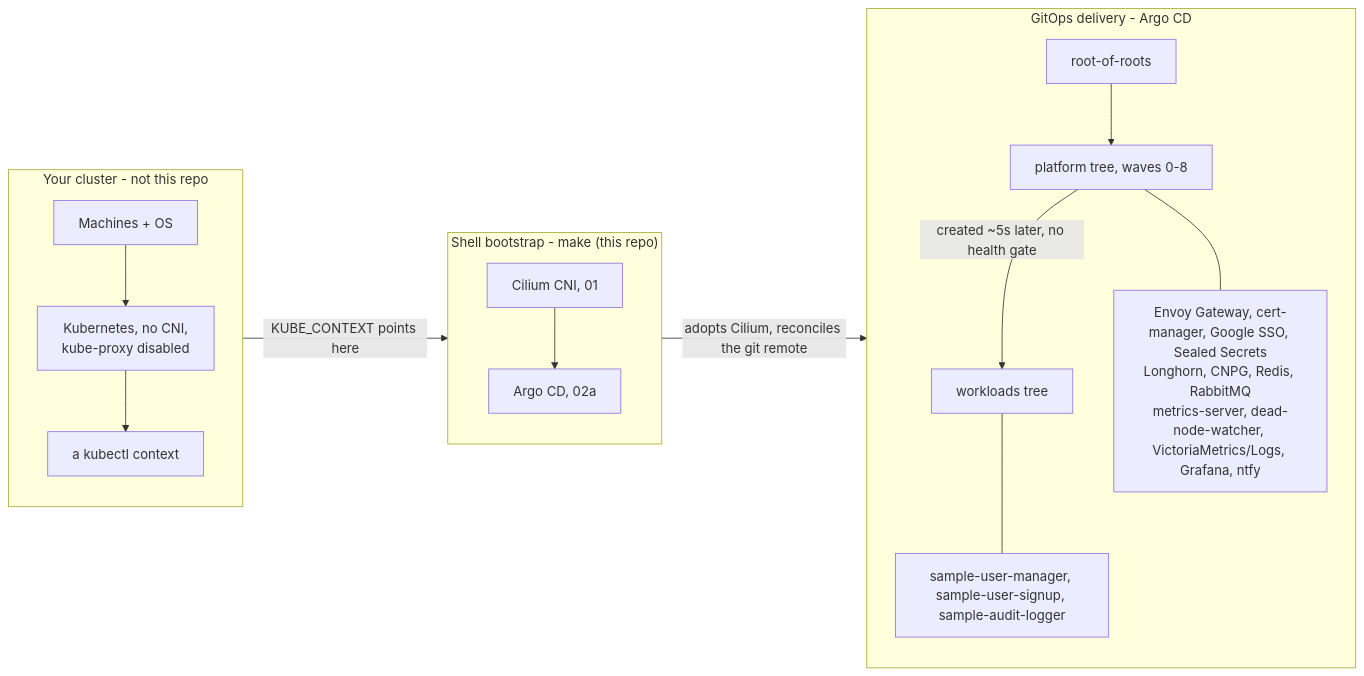
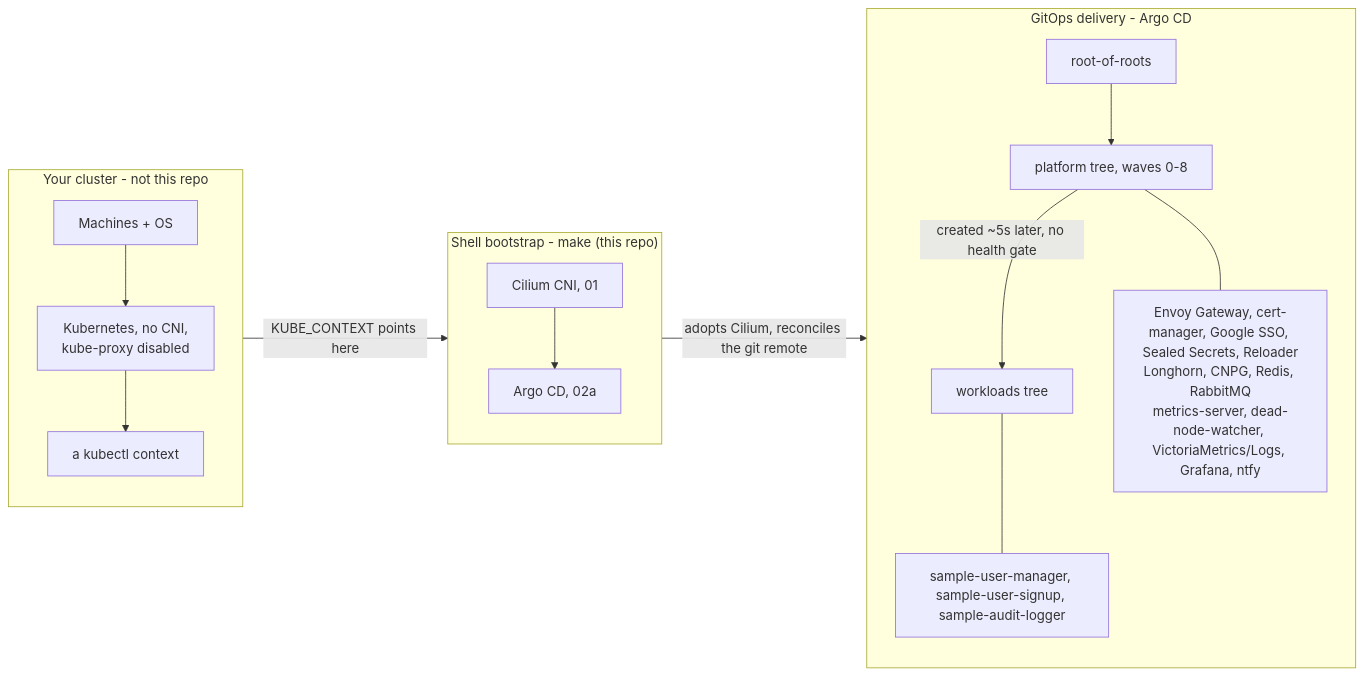
One commit to yama6a/offgrid changed the diagram in README.md. Above: the diagram before and after it, drawn with Mermaid. The commit also changed other lines of this file and 14 other files, not shown here.

````diff
--- a/README.md
+++ b/README.md
@@ -136,21 +137,21 @@
 ```mermaid
 flowchart LR
     subgraph os["Your cluster - not this repo"]
         direction TB
         HW["Machines + OS"] --> TAL["Kubernetes, no CNI,<br/>kube-proxy disabled"]
         TAL --> KC["a kubectl context"]
     end
     KC -->|" KUBE_CONTEXT points here "| CIL
     subgraph imp["Shell bootstrap - make (this repo)"]
         direction TB
         CIL["Cilium CNI, 01"] --> ARGO["Argo CD, 02a"]
     end
     ARGO -->|" adopts Cilium, reconciles the git remote "| ROOT["root-of-roots"]
     subgraph gitops["GitOps delivery - Argo CD"]
         direction TB
         ROOT --> PLAT["platform tree, waves 0-8"]
         PLAT -->|" created ~5s later, no health gate "| WORK["workloads tree"]
-        PLAT --- PC["Envoy Gateway, cert-manager, Google SSO, Sealed Secrets<br/>Longhorn, CNPG, Redis, RabbitMQ<br/>metrics-server, dead-node-watcher, VictoriaMetrics/Logs, Grafana, ntfy"]
+        PLAT --- PC["Envoy Gateway, cert-manager, Google SSO, Sealed Secrets, Reloader<br/>Longhorn, CNPG, Redis, RabbitMQ<br/>metrics-server, dead-node-watcher, VictoriaMetrics/Logs, Grafana, ntfy"]
         WORK --- WC["sample-user-manager, sample-user-signup, sample-audit-logger"]
     end
 ```
````
